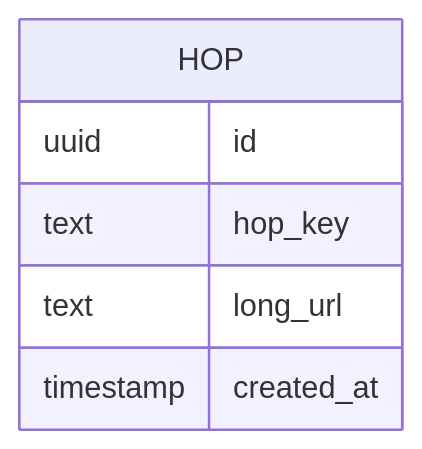
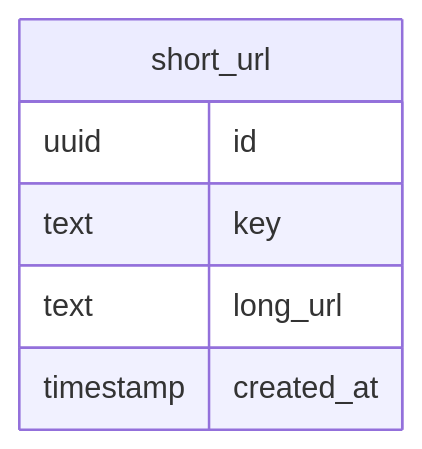
One commit to nikolaDrljaca/xurl changed the first of 3 diagrams in README.md. Above: the diagram before and after it, drawn with Mermaid. The commit also changed other lines of this file and 5 other files, not shown here.

````diff
--- a/README.md
+++ b/README.md
@@ -137,9 +137,9 @@
 ```mermaid
 erDiagram 
-    HOP {
+    short_url {
         uuid id
-        text hop_key
+        text key
         text long_url
         timestamp created_at
     }
 ```
````
